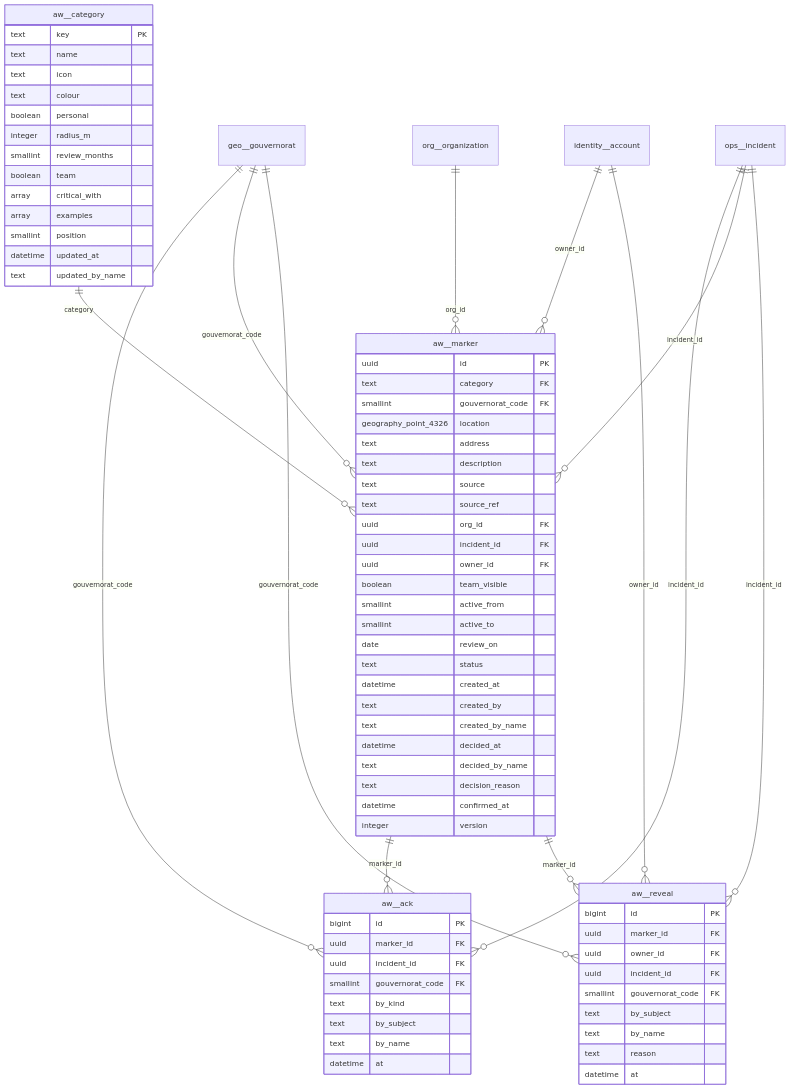
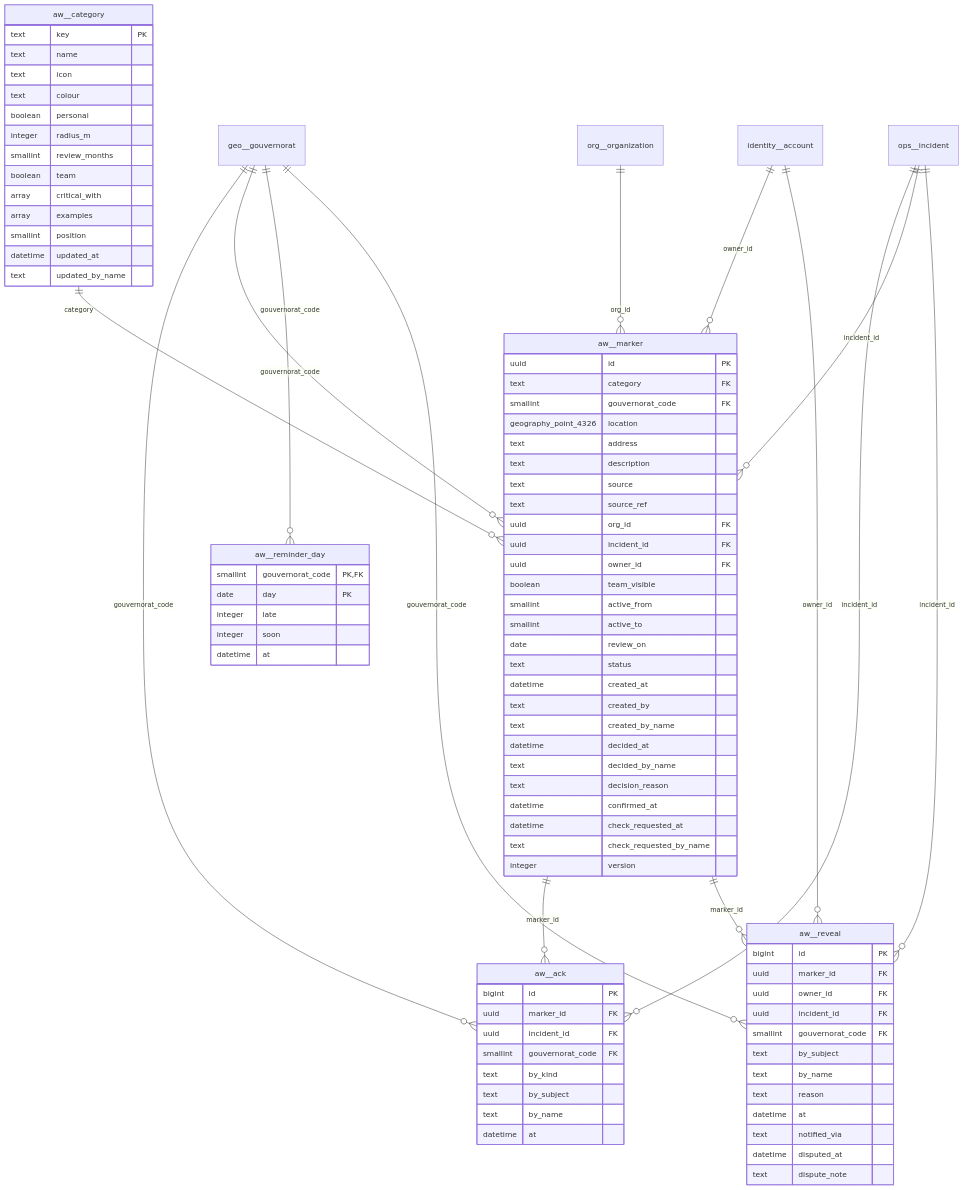
The fifth of 39 diagrams in docs/erd.md (mouhabouk/E-HIMAYA), drawn with Mermaid before and after one commit. The commit also changed 9 other files, not shown here.

```diff
--- a/docs/erd.md
+++ b/docs/erd.md
@@ -336,7 +336,16 @@
         text decided_by_name
         text decision_reason
         datetime confirmed_at
+        datetime check_requested_at
+        text check_requested_by_name
         integer version
+    }
+    aw__reminder_day {
+        smallint gouvernorat_code PK,FK
+        date day PK
+        integer late
+        integer soon
+        datetime at
     }
     aw__reveal {
         bigint id PK
@@ -348,12 +357,16 @@
         text by_name
         text reason
         datetime at
+        text notified_via
+        datetime disputed_at
+        text dispute_note
     }
     aw__category ||--o{ aw__marker : "category"
     aw__marker ||--o{ aw__ack : "marker_id"
     aw__marker ||--o{ aw__reveal : "marker_id"
     geo__gouvernorat ||--o{ aw__ack : "gouvernorat_code"
     geo__gouvernorat ||--o{ aw__marker : "gouvernorat_code"
+    geo__gouvernorat ||--o{ aw__reminder_day : "gouvernorat_code"
     geo__gouvernorat ||--o{ aw__reveal : "gouvernorat_code"
     identity__account ||--o{ aw__marker : "owner_id"
     identity__account ||--o{ aw__reveal : "owner_id"
```
